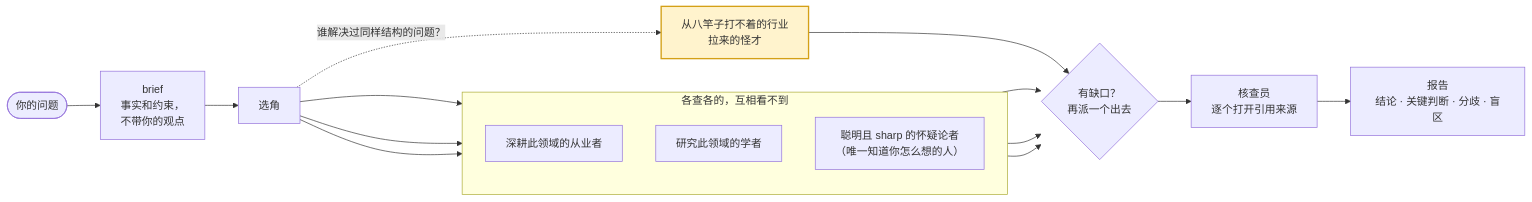
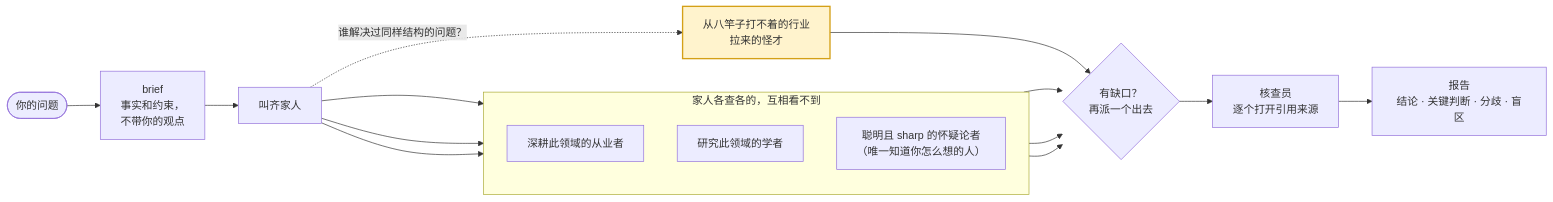
One commit to xhyumiracle/family-skill changed the diagram in README.zh-CN.md. Above: the diagram before and after it, drawn with Mermaid. The commit also changed other lines of this file and 1 other file, not shown here.

Commit message:
README: the crew are family members

````diff
--- a/README.zh-CN.md
+++ b/README.zh-CN.md
@@ -15,18 +15,18 @@
 ```mermaid
 flowchart LR
   Q([你的问题]) --> B["brief<br/>事实和约束，<br/>不带你的观点"]
-  B --> C["选角"]
-  subgraph crew ["各查各的，互相看不到"]
+  B --> C["叫齐家人"]
+  subgraph crew ["家人各查各的，互相看不到"]
     direction TB
     S1["深耕此领域的从业者"]
     S2["研究此领域的学者"]
     S4["聪明且 sharp 的怀疑论者<br/>（唯一知道你怎么想的人）"]
   end
   O["从八竿子打不着的行业<br/>拉来的怪才"]:::far
   C --> S1 & S2 & S4
   C -. "谁解决过同样结构的问题？" .-> O
   S1 & S2 & S4 & O --> G{"有缺口？<br/>再派一个出去"}
   G --> V["核查员<br/>逐个打开引用来源"]
   V --> R["报告<br/>结论 · 关键判断 · 分歧 · 盲区"]
   classDef far fill:#fff3cd,stroke:#d4a017,stroke-width:2px
 ```
````
